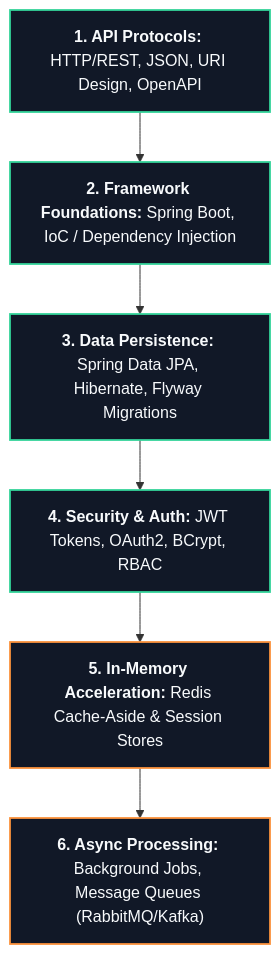
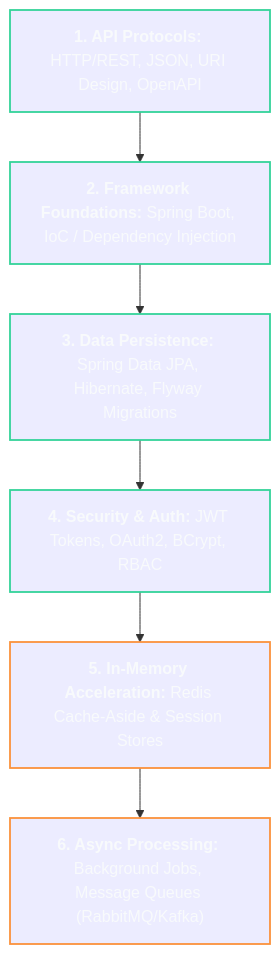
The diagram in BrainOS/04 - Software Engineering/Backend Engineering.md (abhinavbharti2345/CS_Notes), drawn with Mermaid before and after one commit. The commit also changed 26 other files, not shown here.

Commit message:
feat: initialize BrainOS knowledge base with foundational curriculum and roadmap notes

````diff
--- a/BrainOS/04 - Software Engineering/Backend Engineering.md
+++ b/BrainOS/04 - Software Engineering/Backend Engineering.md
@@ -37,15 +37,15 @@
 ```mermaid
 flowchart TD
     BE1["<b>1. API Protocols:</b> HTTP/REST, JSON, URI Design, OpenAPI"] --> BE2["<b>2. Framework Foundations:</b> Spring Boot, IoC / Dependency Injection"]
     BE2 --> BE3["<b>3. Data Persistence:</b> Spring Data JPA, Hibernate, Flyway Migrations"]
     BE3 --> BE4["<b>4. Security & Auth:</b> JWT Tokens, OAuth2, BCrypt, RBAC"]
     BE4 --> BE5["<b>5. In-Memory Acceleration:</b> Redis Cache-Aside & Session Stores"]
     BE5 --> BE6["<b>6. Async Processing:</b> Background Jobs, Message Queues (RabbitMQ/Kafka)"]
 
-    style BE1 fill:#111827,stroke:#34D399,stroke-width:1.8px,color:#F8FAFC
-    style BE2 fill:#111827,stroke:#34D399,stroke-width:1.8px,color:#F8FAFC
-    style BE3 fill:#111827,stroke:#34D399,stroke-width:1.8px,color:#F8FAFC
-    style BE4 fill:#111827,stroke:#34D399,stroke-width:1.8px,color:#F8FAFC
-    style BE5 fill:#111827,stroke:#FB923C,stroke-width:1.8px,color:#F8FAFC
-    style BE6 fill:#111827,stroke:#FB923C,stroke-width:1.8px,color:#F8FAFC
+    style BE1 stroke:#34D399,stroke-width:1.8px,color:#F8FAFC
+    style BE2 stroke:#34D399,stroke-width:1.8px,color:#F8FAFC
+    style BE3 stroke:#34D399,stroke-width:1.8px,color:#F8FAFC
+    style BE4 stroke:#34D399,stroke-width:1.8px,color:#F8FAFC
+    style BE5 stroke:#FB923C,stroke-width:1.8px,color:#F8FAFC
+    style BE6 stroke:#FB923C,stroke-width:1.8px,color:#F8FAFC
 ```
````
